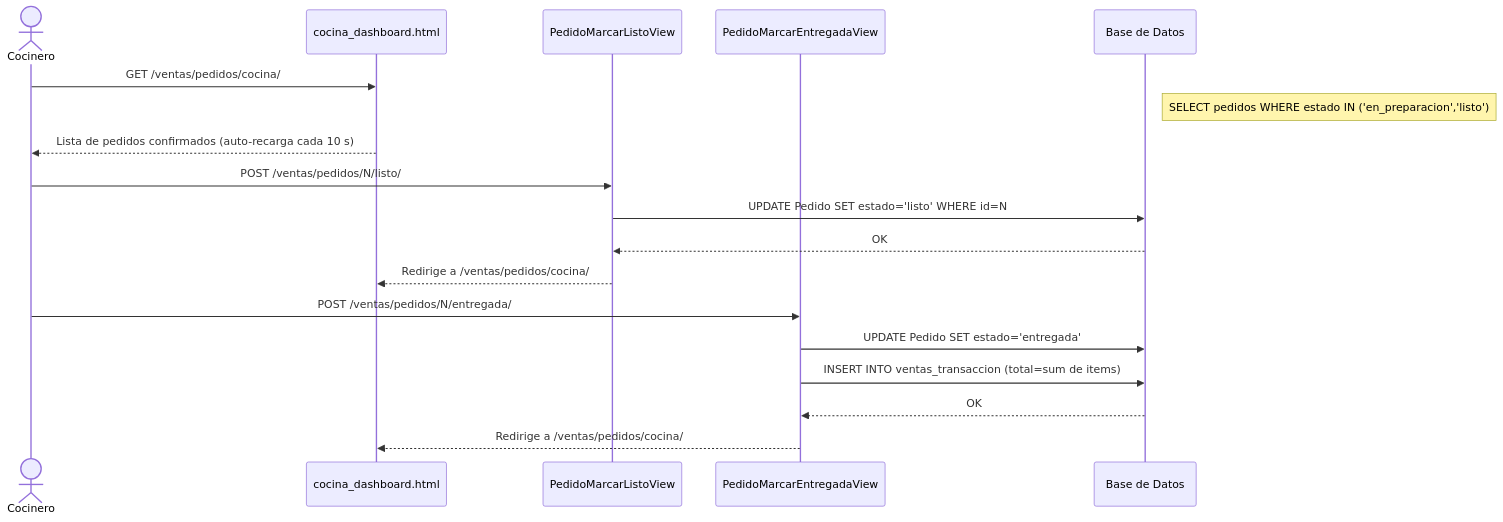
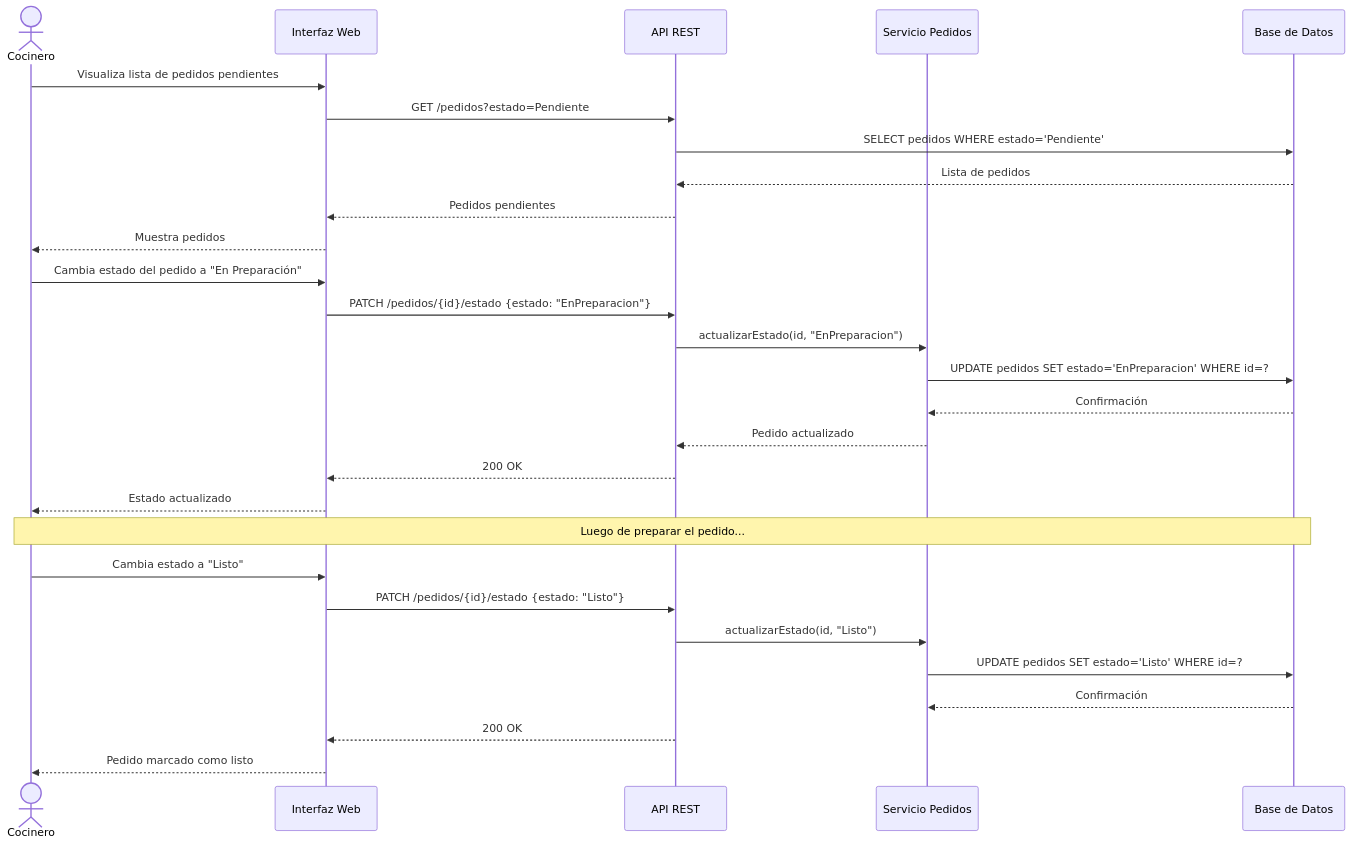
The third of 4 diagrams in docs/diagramas/diagrama_secuencia.md (acmazoh/Gestion_pedidos_inventario), drawn with Mermaid before and after one commit. The commit also changed other lines of this file and 80 other files, not shown here.

````diff
--- a/docs/diagramas/diagrama_secuencia.md
+++ b/docs/diagramas/diagrama_secuencia.md
@@ -104,23 +84,34 @@
 ```mermaid
 sequenceDiagram
     actor Cocinero
-    participant UI as cocina_dashboard.html
-    participant V1 as PedidoMarcarListoView
-    participant V2 as PedidoMarcarEntregadaView
+    participant UI as Interfaz Web
+    participant API as API REST
+    participant PedidoSvc as Servicio Pedidos
     participant DB as Base de Datos
 
-    Cocinero->>UI: GET /ventas/pedidos/cocina/
-    Note right of DB: SELECT pedidos WHERE estado IN ('en_preparacion','listo')
-    UI-->>Cocinero: Lista de pedidos confirmados (auto-recarga cada 10 s)
+    Cocinero->>UI: Visualiza lista de pedidos pendientes
+    UI->>API: GET /pedidos?estado=Pendiente
+    API->>DB: SELECT pedidos WHERE estado='Pendiente'
+    DB-->>API: Lista de pedidos
+    API-->>UI: Pedidos pendientes
+    UI-->>Cocinero: Muestra pedidos
 
-    Cocinero->>V1: POST /ventas/pedidos/N/listo/
-    V1->>DB: UPDATE Pedido SET estado='listo' WHERE id=N
-    DB-->>V1: OK
-    V1-->>UI: Redirige a /ventas/pedidos/cocina/
+    Cocinero->>UI: Cambia estado del pedido a "En Preparación"
+    UI->>API: PATCH /pedidos/{id}/estado {estado: "EnPreparacion"}
+    API->>PedidoSvc: actualizarEstado(id, "EnPreparacion")
+    PedidoSvc->>DB: UPDATE pedidos SET estado='EnPreparacion' WHERE id=?
+    DB-->>PedidoSvc: Confirmación
+    PedidoSvc-->>API: Pedido actualizado
+    API-->>UI: 200 OK
+    UI-->>Cocinero: Estado actualizado
 
-    Cocinero->>V2: POST /ventas/pedidos/N/entregada/
-    V2->>DB: UPDATE Pedido SET estado='entregada'
-    V2->>DB: INSERT INTO ventas_transaccion (total=sum de items)
-    DB-->>V2: OK
-    V2-->>UI: Redirige a /ventas/pedidos/cocina/
+    Note over Cocinero,DB: Luego de preparar el pedido...
+
+    Cocinero->>UI: Cambia estado a "Listo"
+    UI->>API: PATCH /pedidos/{id}/estado {estado: "Listo"}
+    API->>PedidoSvc: actualizarEstado(id, "Listo")
+    PedidoSvc->>DB: UPDATE pedidos SET estado='Listo' WHERE id=?
+    DB-->>PedidoSvc: Confirmación
+    API-->>UI: 200 OK
+    UI-->>Cocinero: Pedido marcado como listo
 ```
````
